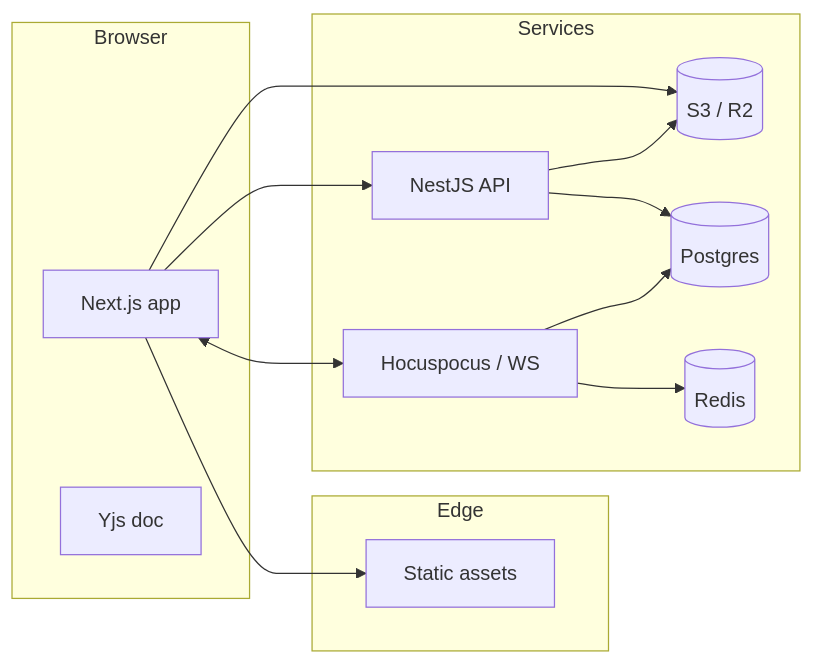
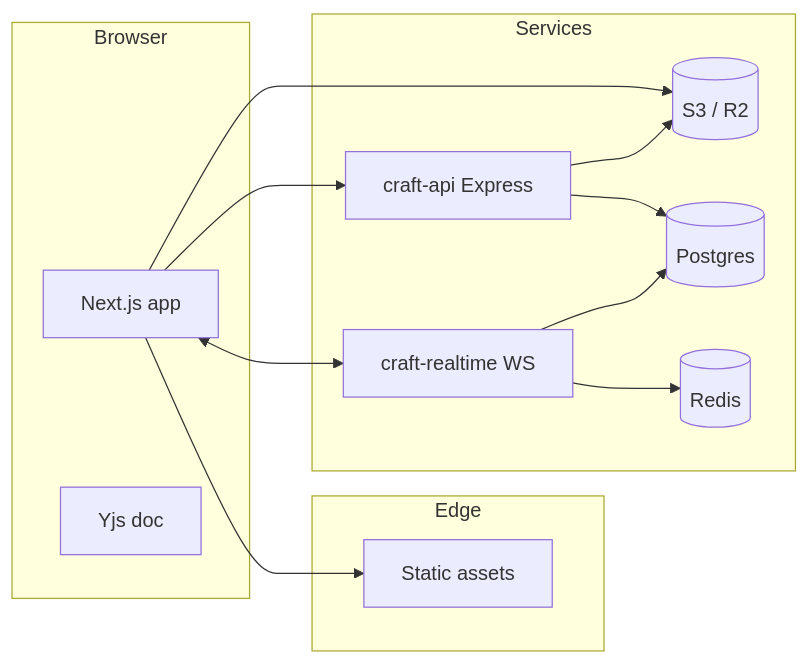
One commit to rahul6raj-art/Paytm-Canvas changed the diagram in docs/backend-architecture.md. Above: the diagram before and after it, drawn with Mermaid. The commit also changed other lines of this file and 888 other files, not shown here.

````diff
--- a/docs/backend-architecture.md
+++ b/docs/backend-architecture.md
@@ -15,25 +32,25 @@
 ```mermaid
 flowchart LR
   subgraph client [Browser]
     Web[Next.js app]
     Yjs[Yjs doc]
   end
   subgraph edge [Edge]
     CDN[Static assets]
   end
   subgraph services [Services]
-    API[NestJS API]
-    RT[Hocuspocus / WS]
+    API[craft-api Express]
+    RT[craft-realtime WS]
     R2[(S3 / R2)]
     PG[(Postgres)]
     RD[(Redis)]
   end
   Web --> CDN
   Web --> API
   Web <--> RT
   Web --> R2
   API --> PG
   API --> R2
   RT --> PG
   RT --> RD
 ```
````
